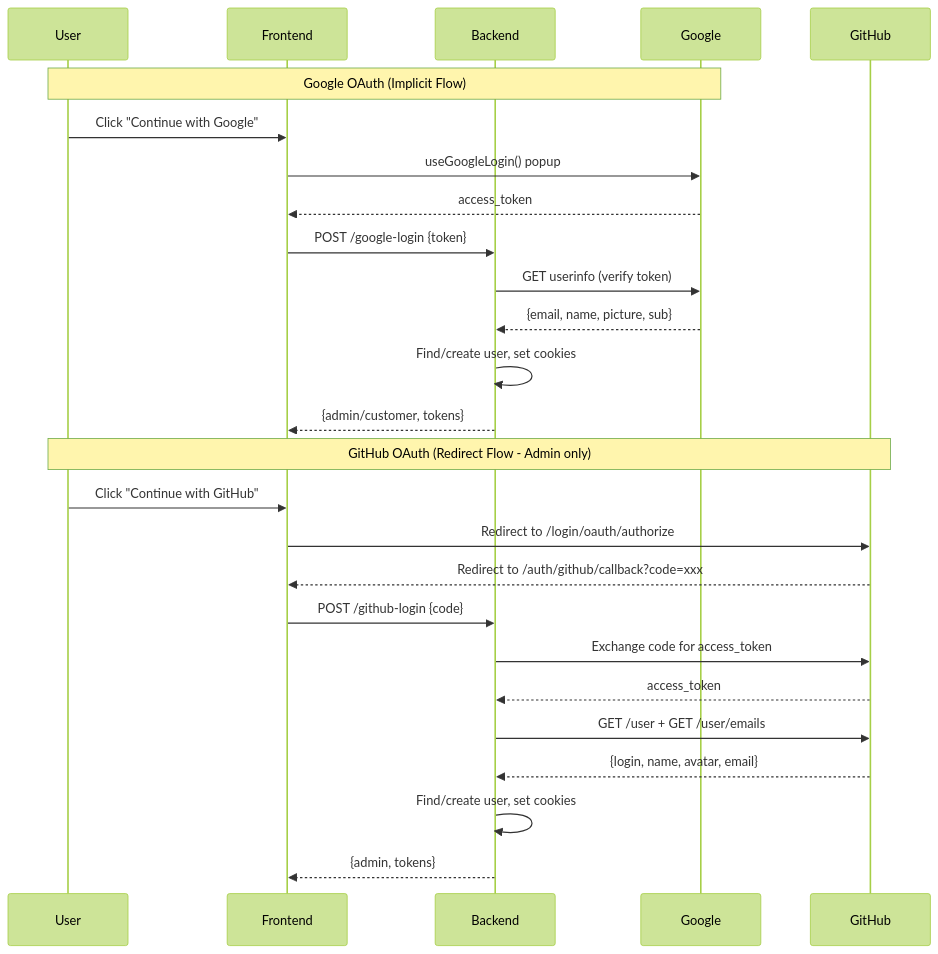
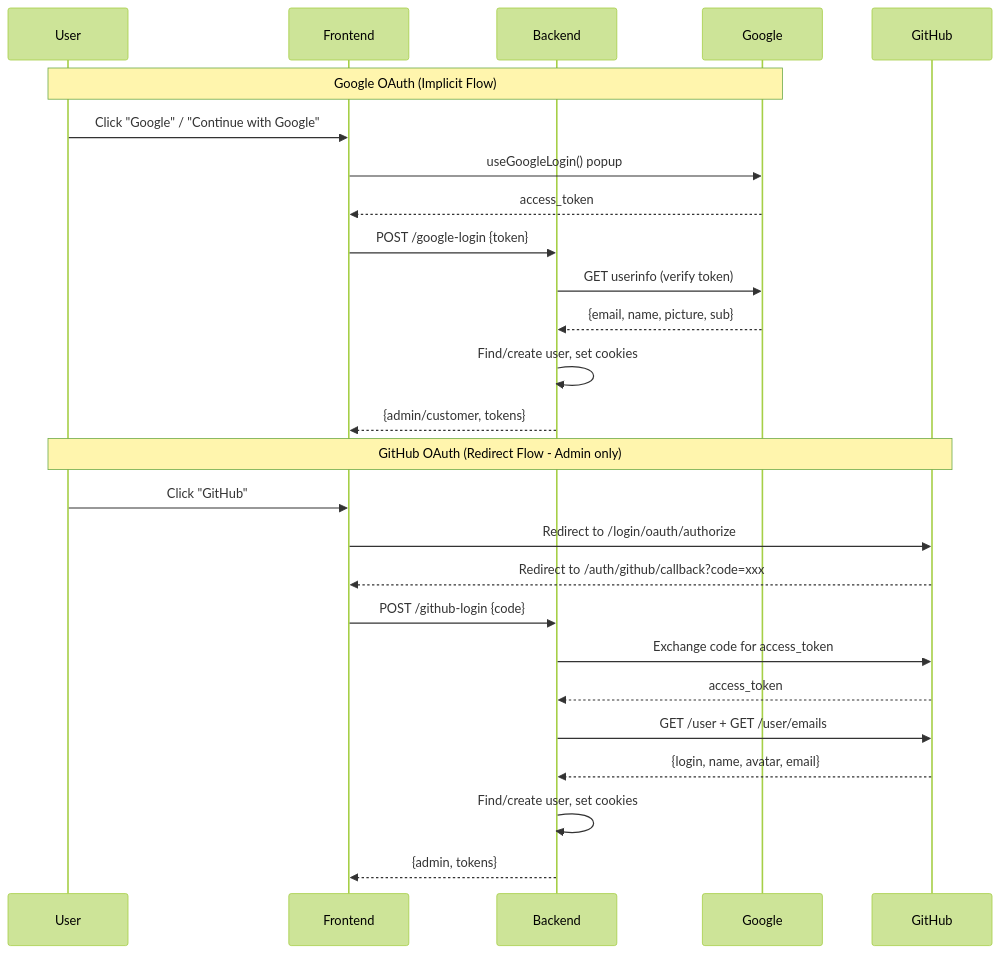
The fourth of 8 diagrams in backend.md (hduraimurugan/cinema-app-docs), drawn with Mermaid (forest theme) before and after one commit. The commit also changed 5 other files, not shown here.

Commit message:
feat: generate project dependency graph and analysis report

````diff
--- a/backend.md
+++ b/backend.md
@@ -471,30 +471,30 @@
 ```mermaid
 sequenceDiagram
     participant User
     participant Frontend
     participant Backend
     participant Google
     participant GitHub
 
     note over User,Google: Google OAuth (Implicit Flow)
-    User->>Frontend: Click "Continue with Google"
+    User->>Frontend: Click "Google" / "Continue with Google"
     Frontend->>Google: useGoogleLogin() popup
     Google-->>Frontend: access_token
     Frontend->>Backend: POST /google-login {token}
     Backend->>Google: GET userinfo (verify token)
     Google-->>Backend: {email, name, picture, sub}
     Backend->>Backend: Find/create user, set cookies
     Backend-->>Frontend: {admin/customer, tokens}
 
     note over User,GitHub: GitHub OAuth (Redirect Flow - Admin only)
-    User->>Frontend: Click "Continue with GitHub"
+    User->>Frontend: Click "GitHub"
     Frontend->>GitHub: Redirect to /login/oauth/authorize
     GitHub-->>Frontend: Redirect to /auth/github/callback?code=xxx
     Frontend->>Backend: POST /github-login {code}
     Backend->>GitHub: Exchange code for access_token
     GitHub-->>Backend: access_token
     Backend->>GitHub: GET /user + GET /user/emails
     GitHub-->>Backend: {login, name, avatar, email}
     Backend->>Backend: Find/create user, set cookies
     Backend-->>Frontend: {admin, tokens}
 ```
````
